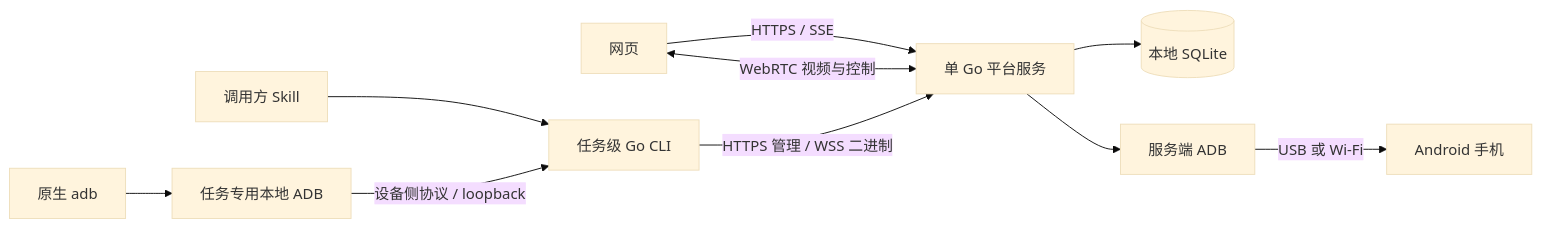
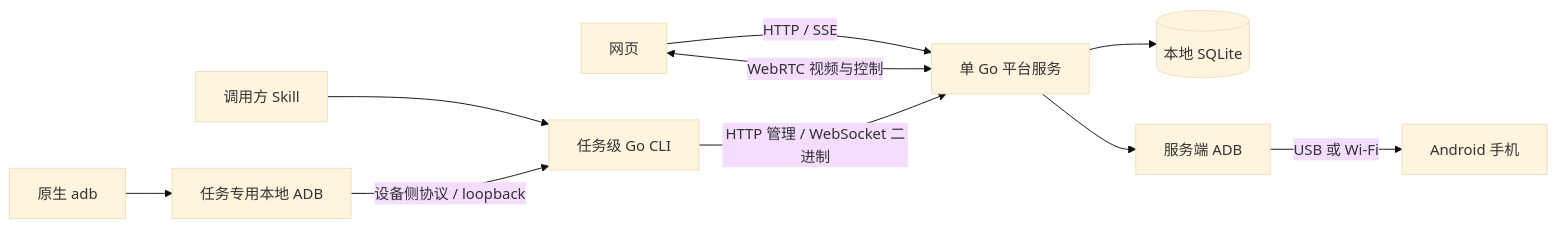
The first of 2 diagrams in openspec/changes/build-droidharbor-v1/design.md (4o4E/DroidHarbor), drawn with Mermaid (base theme) before and after one commit. The commit also changed other lines of this file and 41 other files, not shown here.

````diff
--- a/openspec/changes/build-droidharbor-v1/design.md
+++ b/openspec/changes/build-droidharbor-v1/design.md
@@ -36,12 +36,12 @@
 ```mermaid
 flowchart LR
-    Browser[网页] -->|HTTPS / SSE| Platform[单 Go 平台服务]
+    Browser[网页] -->|HTTP / SSE| Platform[单 Go 平台服务]
     Browser <-->|WebRTC 视频与控制| Platform
     Skill[调用方 Skill] --> CLI[任务级 Go CLI]
     Native[原生 adb] --> Local[任务专用本地 ADB]
     Local -->|设备侧协议 / loopback| CLI
-    CLI -->|HTTPS 管理 / WSS 二进制| Platform
+    CLI -->|HTTP 管理 / WebSocket 二进制| Platform
     Platform --> DB[(本地 SQLite)]
     Platform --> ADB[服务端 ADB]
     ADB -->|USB 或 Wi-Fi| Android[Android 手机]
 ```
````
